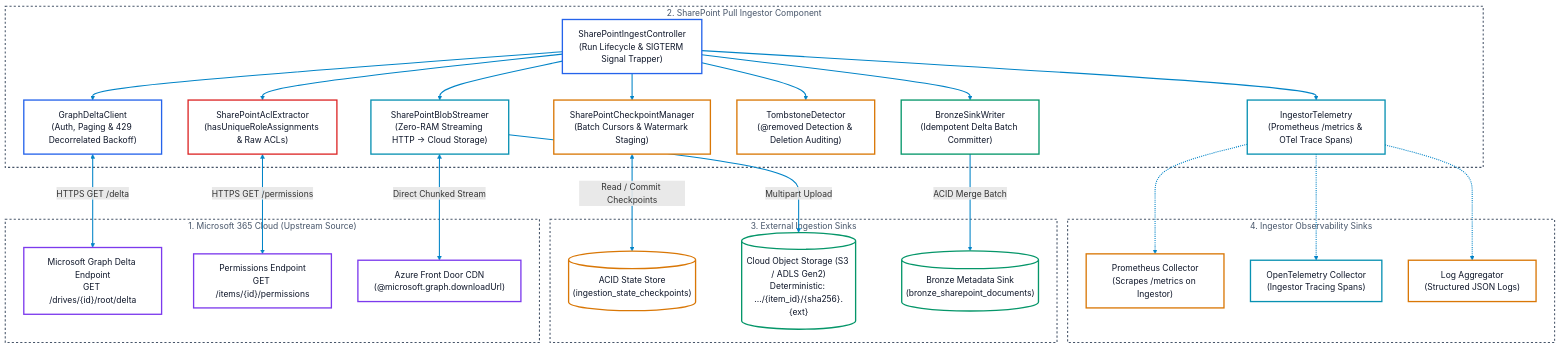
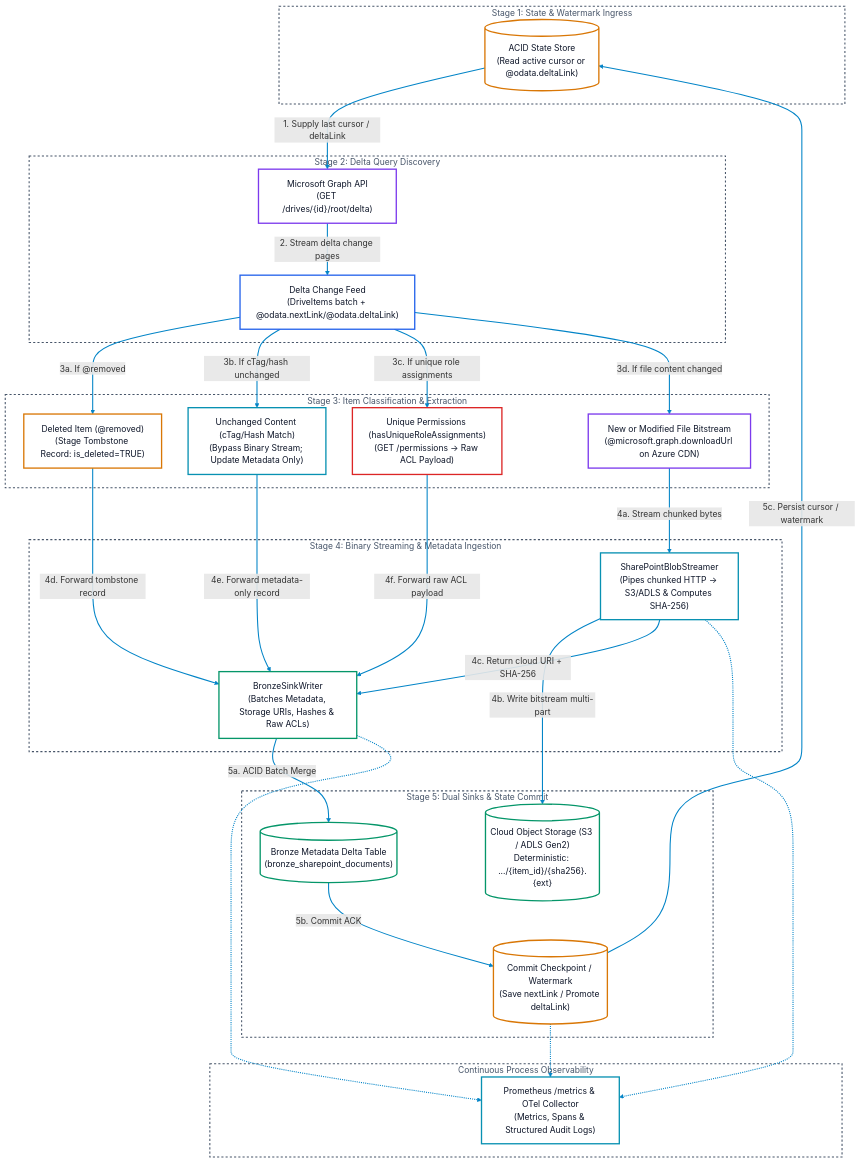
Before and after one commit to toanbui626391/document_ingestors: the first of 2 diagrams in docs/architectures/sharepoint_pull_ingestor_architecture.md, drawn with Mermaid. The commit also changed 2 other files, not shown here.

````diff
--- a/docs/architectures/sharepoint_pull_ingestor_architecture.md
+++ b/docs/architectures/sharepoint_pull_ingestor_architecture.md
@@ -14,71 +14,79 @@
 ```mermaid
 flowchart TD
-    subgraph UpstreamM365 ["1. Microsoft 365 Cloud (Upstream Source)"]
-        GraphDelta["Microsoft Graph Delta Endpoint\nGET /drives/{id}/root/delta"]:::purple
-        GraphPerms["Permissions Endpoint\nGET /items/{id}/permissions"]:::purple
-        AzureCDN["Azure Front Door CDN\n(@microsoft.graph.downloadUrl)"]:::purple
+    subgraph Stage1 ["Stage 1: State & Watermark Ingress"]
+        StateDB[("ACID State Store\n(Read active cursor or @odata.deltaLink)")]:::amber
     end
 
-    subgraph SharePointIngestor ["2. SharePoint Pull Ingestor Component"]
-        Controller["SharePointIngestController\n(Run Lifecycle & SIGTERM Signal Trapper)"]:::blue
-        DeltaClient["GraphDeltaClient\n(Auth, Paging & 429 Decorrelated Backoff)"]:::blue
-        CheckpointMgr["SharePointCheckpointManager\n(Batch Cursors & Watermark Staging)"]:::amber
-        BlobStreamer["SharePointBlobStreamer\n(Zero-RAM Streaming HTTP -> Cloud Storage)"]:::cyan
-        AclExtractor["SharePointAclExtractor\n(hasUniqueRoleAssignments & Raw ACLs)"]:::red
-        TombstoneHandler["TombstoneDetector\n(@removed Detection & Deletion Auditing)"]:::amber
-        BronzeWriter["BronzeSinkWriter\n(Idempotent Delta Batch Committer)"]:::green
-        Telemetry["IngestorTelemetry\n(Prometheus /metrics & OTel Trace Spans)"]:::cyan
+    subgraph Stage2 ["Stage 2: Delta Query Discovery"]
+        GraphAPI["Microsoft Graph API\n(GET /drives/{id}/root/delta)"]:::purple
+        DeltaResponse["Delta Change Feed\n(DriveItems batch + @odata.nextLink/@odata.deltaLink)"]:::blue
     end
 
-    subgraph IngestSinks ["3. External Ingestion Sinks"]
-        StateDB[("ACID State Store\n(ingestion_state_checkpoints)")]:::amber
-        CloudStorage[("Cloud Object Storage (S3 / ADLS Gen2)\nDeterministic: .../{item_id}/{sha256}.{ext}")]:::green
-        BronzeTable[("Bronze Metadata Sink\n(bronze_sharepoint_documents)")]:::green
+    subgraph Stage3 ["Stage 3: Item Classification & Extraction"]
+        TombstoneBranch["Deleted Item (@removed)\n(Stage Tombstone Record: is_deleted=TRUE)"]:::amber
+        UnchangedBranch["Unchanged Content (cTag/Hash Match)\n(Bypass Binary Stream; Update Metadata Only)"]:::cyan
+        AclBranch["Unique Permissions (hasUniqueRoleAssignments)\n(GET /permissions -> Raw ACL Payload)"]:::red
+        ModifiedBranch["New or Modified File Bitstream\n(@microsoft.graph.downloadUrl on Azure CDN)"]:::purple
     end
 
-    subgraph Observability ["4. Ingestor Observability Sinks"]
-        Prom["Prometheus Collector\n(Scrapes /metrics on Ingestor)"]:::amber
-        Otel["OpenTelemetry Collector\n(Ingestor Tracing Spans)"]:::cyan
-        Logs["Log Aggregator\n(Structured JSON Logs)"]:::amber
+    subgraph Stage4 ["Stage 4: Binary Streaming & Metadata Ingestion"]
+        StreamEngine["SharePointBlobStreamer\n(Pipes chunked HTTP -> S3/ADLS & Computes SHA-256)"]:::cyan
+        BronzeEngine["BronzeSinkWriter\n(Batches Metadata, Storage URIs, Hashes & Raw ACLs)"]:::green
     end
 
-    %% Internal Subsystem Wiring
-    Controller --> DeltaClient
-    Controller --> CheckpointMgr
-    Controller --> BlobStreamer
-    Controller --> AclExtractor
-    Controller --> TombstoneHandler
-    Controller --> BronzeWriter
-    Controller --> Telemetry
+    subgraph Stage5 ["Stage 5: Dual Sinks & State Commit"]
+        ObjectStore[("Cloud Object Storage (S3 / ADLS Gen2)\nDeterministic: .../{item_id}/{sha256}.{ext}")]:::green
+        BronzeTable[("Bronze Metadata Delta Table\n(bronze_sharepoint_documents)")]:::green
+        CommitState[("Commit Checkpoint / Watermark\n(Save nextLink / Promote deltaLink)")]:::amber
+    end
 
-    %% Boundary Connections
-    DeltaClient <-->|HTTPS GET /delta| GraphDelta
-    AclExtractor <-->|HTTPS GET /permissions| GraphPerms
-    BlobStreamer <-->|Direct Chunked Stream| AzureCDN
+    subgraph TelemetrySink ["Continuous Process Observability"]
+        MetricsExporter["Prometheus /metrics & OTel Collector\n(Metrics, Spans & Structured Audit Logs)"]:::cyan
+    end
 
-    CheckpointMgr <-->|Read / Commit Checkpoints| StateDB
-    BlobStreamer -->|Multipart Upload| CloudStorage
-    BronzeWriter -->|ACID Merge Batch| BronzeTable
+    %% Data Flow Transitions
+    StateDB -->|1. Supply last cursor / deltaLink| GraphAPI
+    GraphAPI -->|2. Stream delta change pages| DeltaResponse
 
-    Telemetry -.-> Prom
-    Telemetry -.-> Otel
-    Telemetry -.-> Logs
+    DeltaResponse -->|3a. If @removed| TombstoneBranch
+    DeltaResponse -->|3b. If cTag/hash unchanged| UnchangedBranch
+    DeltaResponse -->|3c. If unique role assignments| AclBranch
+    DeltaResponse -->|3d. If file content changed| ModifiedBranch
 
-    %% Subgraphs Style
-    style UpstreamM365 fill:none,stroke:#475569,stroke-width:2px,stroke-dasharray: 4 4,color:#475569
-    style SharePointIngestor fill:none,stroke:#475569,stroke-width:2px,stroke-dasharray: 4 4,color:#475569
-    style IngestSinks fill:none,stroke:#475569,stroke-width:2px,stroke-dasharray: 4 4,color:#475569
-    style Observability fill:none,stroke:#475569,stroke-width:2px,stroke-dasharray: 4 4,color:#475569
+    ModifiedBranch -->|4a. Stream chunked bytes| StreamEngine
+    StreamEngine -->|4b. Write bitstream multi-part| ObjectStore
+    StreamEngine -->|4c. Return cloud URI + SHA-256| BronzeEngine
+
+    TombstoneBranch -->|4d. Forward tombstone record| BronzeEngine
+    UnchangedBranch -->|4e. Forward metadata-only record| BronzeEngine
+    AclBranch -->|4f. Forward raw ACL payload| BronzeEngine
+
+    BronzeEngine -->|5a. ACID Batch Merge| BronzeTable
+    BronzeTable -->|5b. Commit ACK| CommitState
+    CommitState -->|5c. Persist cursor / watermark| StateDB
+
+    %% Telemetry Flow
+    StreamEngine -.-> MetricsExporter
+    BronzeEngine -.-> MetricsExporter
+    CommitState -.-> MetricsExporter
+
+    %% Subgraphs Styling
+    style Stage1 fill:none,stroke:#475569,stroke-width:2px,stroke-dasharray: 4 4,color:#475569
+    style Stage2 fill:none,stroke:#475569,stroke-width:2px,stroke-dasharray: 4 4,color:#475569
+    style Stage3 fill:none,stroke:#475569,stroke-width:2px,stroke-dasharray: 4 4,color:#475569
+    style Stage4 fill:none,stroke:#475569,stroke-width:2px,stroke-dasharray: 4 4,color:#475569
+    style Stage5 fill:none,stroke:#475569,stroke-width:2px,stroke-dasharray: 4 4,color:#475569
+    style TelemetrySink fill:none,stroke:#475569,stroke-width:2px,stroke-dasharray: 4 4,color:#475569
 
     %% High-Visibility Link Arrows
     linkStyle default stroke:#0284c7,stroke-width:2px
 
     %% Dual-Mode Card Palette
     classDef default fill:#ffffff,stroke:#475569,stroke-width:2.5px,color:#0f172a;
     classDef blue    fill:#ffffff,stroke:#2563eb,stroke-width:2.5px,color:#0f172a;
     classDef green   fill:#ffffff,stroke:#059669,stroke-width:2.5px,color:#0f172a;
     classDef amber   fill:#ffffff,stroke:#d97706,stroke-width:2.5px,color:#0f172a;
     classDef purple  fill:#ffffff,stroke:#7c3aed,stroke-width:2.5px,color:#0f172a;
     classDef red     fill:#ffffff,stroke:#dc2626,stroke-width:2.5px,color:#0f172a;
     classDef cyan    fill:#ffffff,stroke:#0891b2,stroke-width:2.5px,color:#0f172a;
 ```
````
